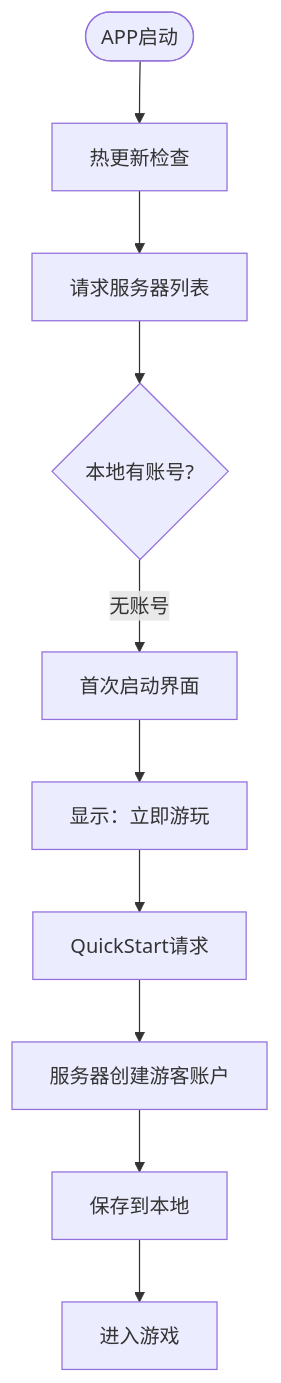
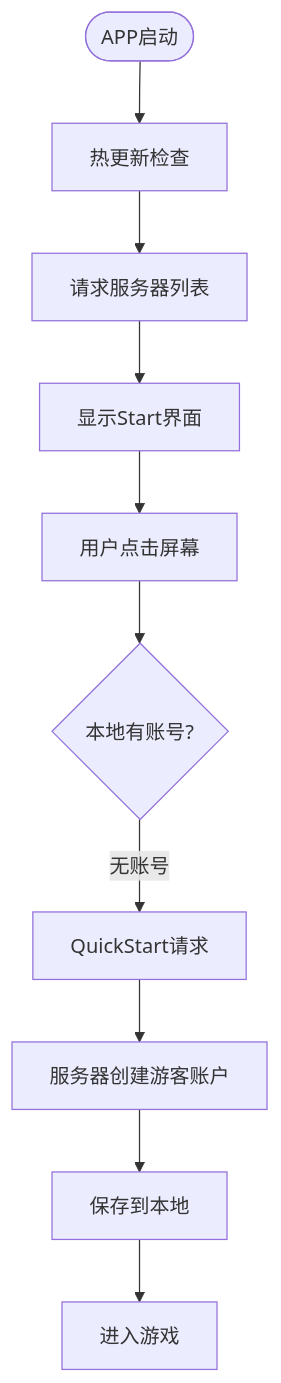
Before and after one commit to zlex001/LOA-Client: the first of 7 diagrams in Documents/System/登录与启动系统.md, drawn with Mermaid. The commit also changed other lines of this file and 2 other files, not shown here.

````diff
--- a/Documents/System/登录与启动系统.md
+++ b/Documents/System/登录与启动系统.md
@@ -39,14 +39,14 @@
 ```mermaid
 flowchart TD
     AppStart([APP启动]) --> HotUpdate[热更新检查]
     HotUpdate --> Gateway[请求服务器列表]
-    Gateway --> CheckLocal{本地有账号?}
+    Gateway --> ShowStart[显示Start界面]
     
-    CheckLocal -->|无账号| FirstTimeUI[首次启动界面]
-    FirstTimeUI --> BigButton[显示：立即游玩]
-    BigButton --> QuickStart[QuickStart请求]
+    ShowStart --> UserClick[用户点击屏幕]
+    UserClick --> CheckLocal{本地有账号?}
+    CheckLocal -->|无账号| QuickStart[QuickStart请求]
     
     QuickStart --> ServerCreate[服务器创建游客账户]
     ServerCreate --> SaveLocal[保存到本地]
     SaveLocal --> EnterGame[进入游戏]
 ```
````
